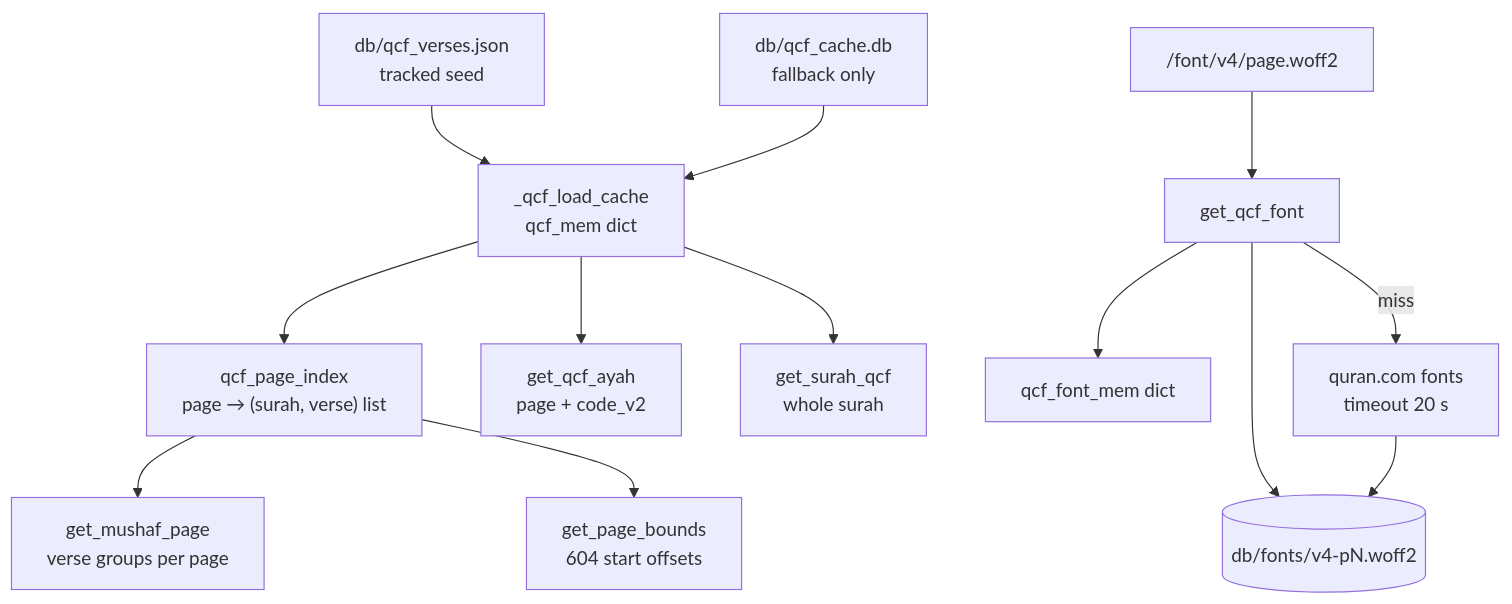
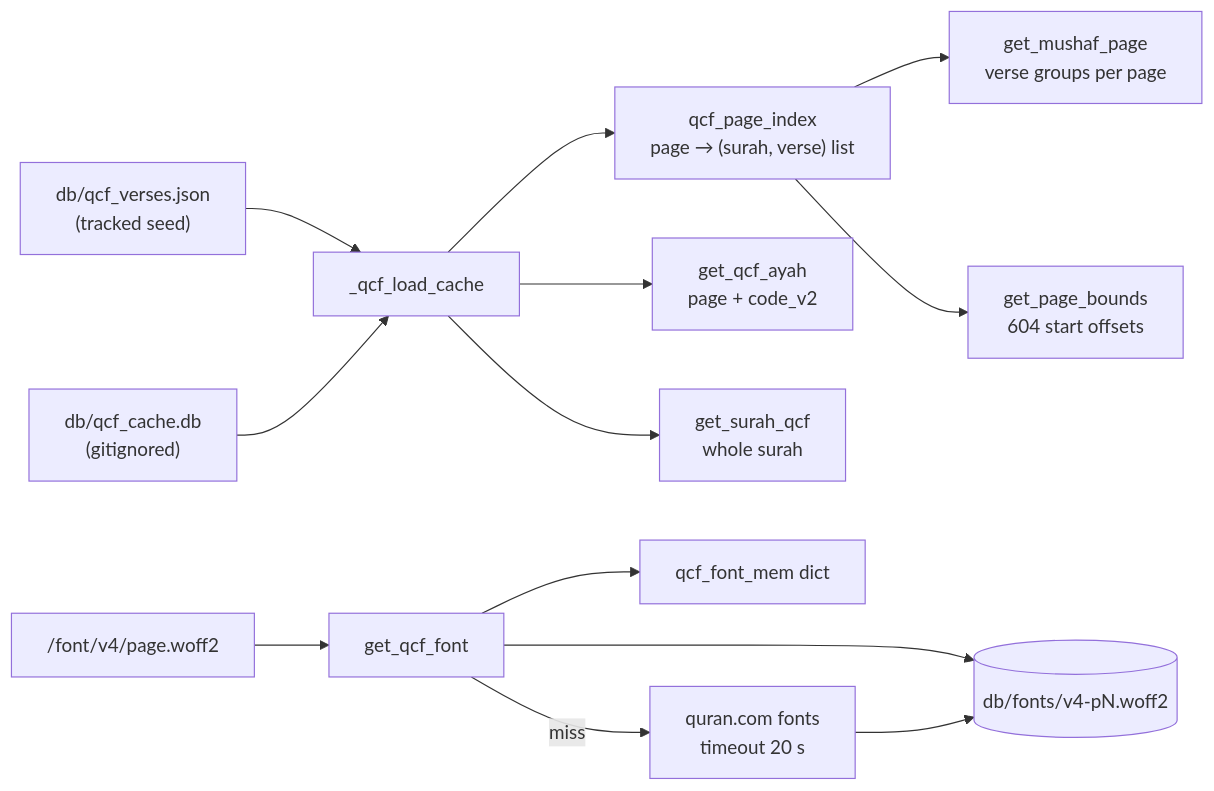
Before and after one commit to OnixHoque/aayatun: the seventh of 16 diagrams in ARCHITECTURE.md, drawn with Mermaid. The commit also changed other lines of this file, not shown here.

First line of the commit message:
Rewrite ARCHITECTURE.md as a modular operations manual

````diff
--- a/ARCHITECTURE.md
+++ b/ARCHITECTURE.md
@@ -406,15 +512,15 @@
 ```mermaid
-flowchart TB
-    A["db/qcf_verses.json<br/>tracked seed"] --> B["_qcf_load_cache<br/>qcf_mem dict"]
-    F["db/qcf_cache.db<br/>fallback only"] --> B
+flowchart LR
+    A["db/qcf_verses.json<br/>(tracked seed)"] --> B["_qcf_load_cache"]
+    F["db/qcf_cache.db<br/>(gitignored)"] --> B
     B --> C["qcf_page_index<br/>page → (surah, verse) list"]
     B --> D["get_qcf_ayah<br/>page + code_v2"]
     B --> E["get_surah_qcf<br/>whole surah"]
     C --> G["get_mushaf_page<br/>verse groups per page"]
     C --> H["get_page_bounds<br/>604 start offsets"]
     I["/font/v4/page.woff2"] --> J["get_qcf_font"]
     J --> K[("db/fonts/v4-pN.woff2")]
     J --> L["qcf_font_mem dict"]
     J -->|"miss"| M["quran.com fonts<br/>timeout 20 s"]
     M --> K
 ```
````
